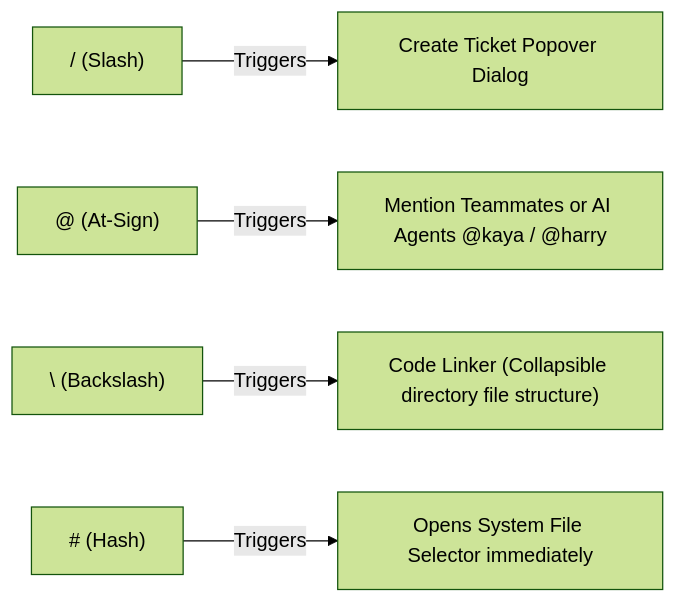
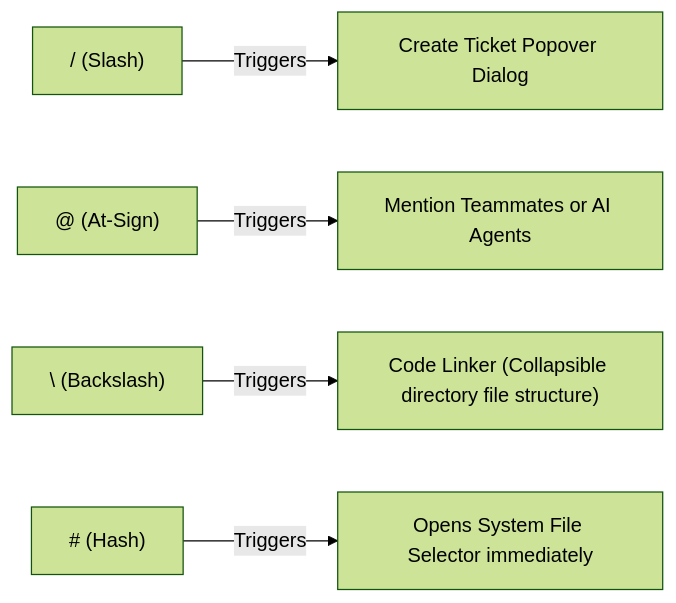
Before and after one commit to Wekraft-collaboration-platform/wekraft-saas: the diagram in src/content/docs/shortcuts.md, drawn with Mermaid (forest theme). The commit also changed other lines of this file and 13 other files, not shown here.

````diff
--- a/src/content/docs/shortcuts.md
+++ b/src/content/docs/shortcuts.md
@@ -24,7 +24,7 @@
 ```mermaid
 graph LR
     Slash["/ (Slash)"] -->|Triggers| CreateTicket["Create Ticket Popover Dialog"]
-    AtSign["@ (At-Sign)"] -->|Triggers| Mentions["Mention Teammates or AI Agents @kaya / @harry"]
+    AtSign["@ (At-Sign)"] -->|Triggers| Mentions["Mention Teammates or AI Agents"]
     Backslash["\ (Backslash)"] -->|Triggers| CodeLinker["Code Linker (Collapsible directory file structure)"]
     Hash["# (Hash)"] -->|Triggers| MediaUpload["Opens System File Selector immediately"]
 ```
````
